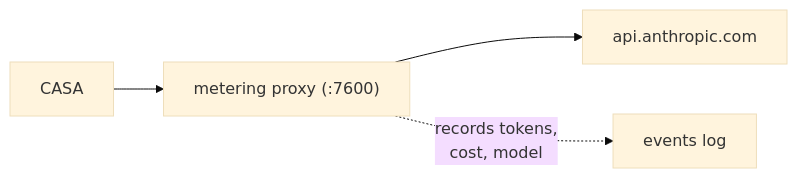
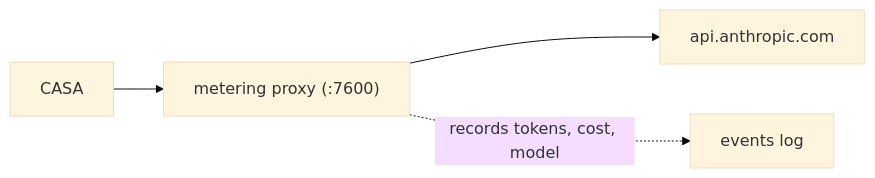
Before and after one commit to johnloveworld2022-ops/mecha.im: the diagram in website/docs/features/metering.md, drawn with Mermaid (base theme). The commit also changed 16 other files, not shown here.

First line of the commit message:
docs: fix accuracy issues, mermaid v11 syntax, and casa command prefixes

````diff
--- a/website/docs/features/metering.md
+++ b/website/docs/features/metering.md
@@ -9,6 +9,6 @@
 ```mermaid
 graph LR
   CASA --> proxy["metering proxy (:7600)"]
   proxy --> api["api.anthropic.com"]
-  proxy -. "records tokens,<br/>cost, model" .-> events["events log"]
+  proxy -. "records tokens, cost, model" .-> events["events log"]
 ```
````
